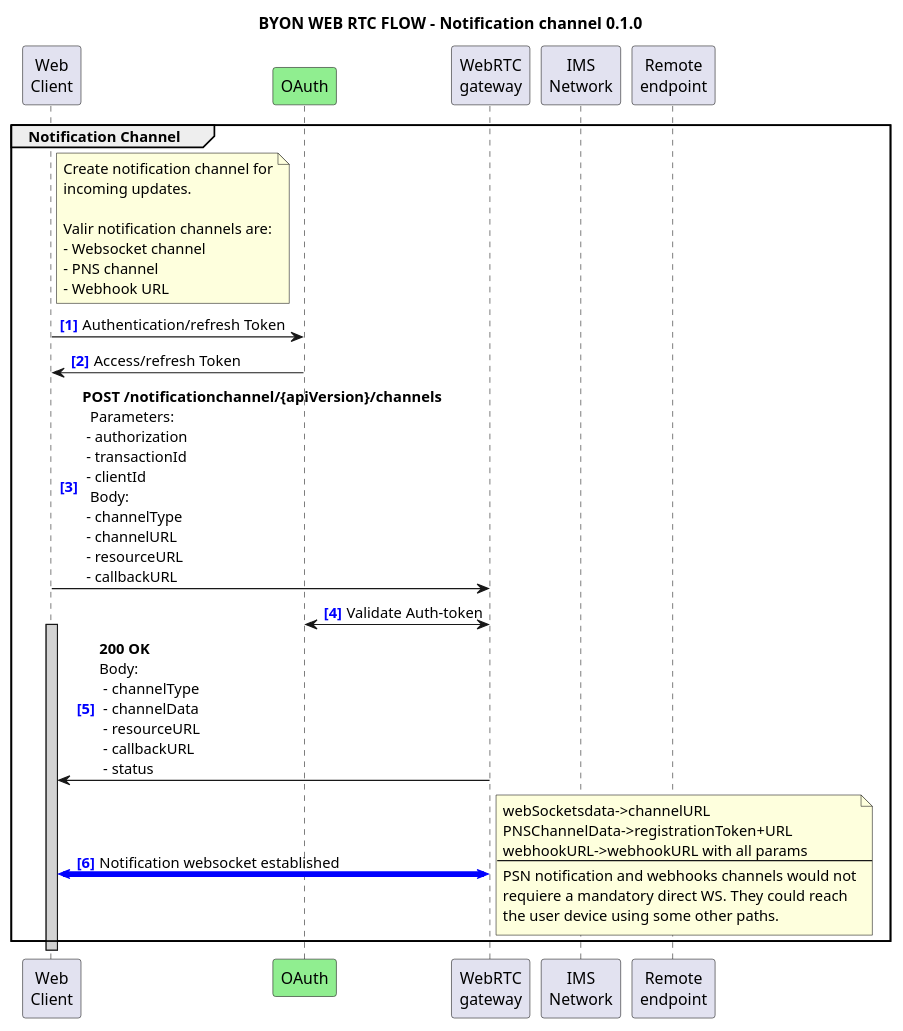
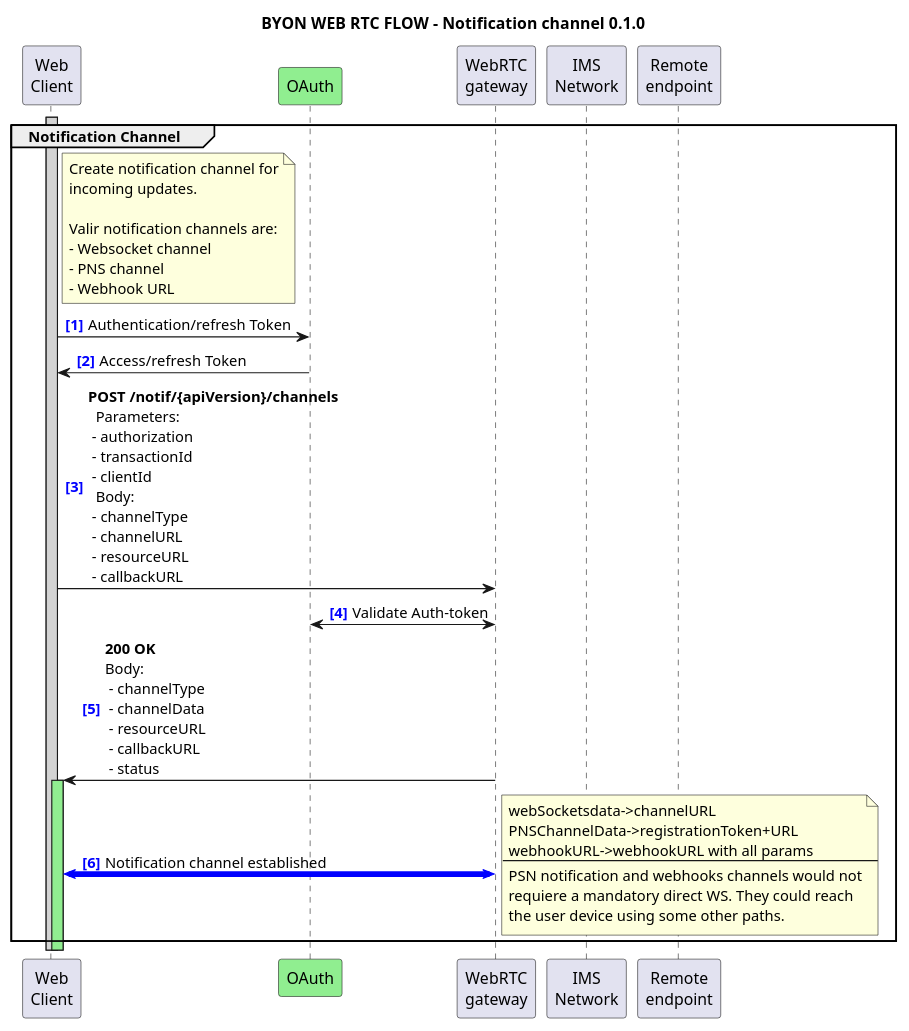
Before and after one commit to camaraproject/WebRTC: the diagram in documentation/API_documentation/FlowsBYON-NotificationChannel.wsd, drawn with PlantUML. The commit also changed 6 other files, not shown here.

First line of the commit message:
Flow detailed status and updated paths

```diff
--- a/documentation/API_documentation/FlowsBYON-NotificationChannel.wsd
+++ b/documentation/API_documentation/FlowsBYON-NotificationChannel.wsd
@@ -1,66 +1,68 @@
 @startuml BYON NotificationChannel 0.1.0
 
 title "BYON WEB RTC FLOW - Notification channel 0.1.0"
 autonumber "<font color=blue><b>[0]"
 
 <style>
 .audioStyle {
   arrow {
     LineColor red
     LineThickness 5
   }
 }
 .wsStyle {
   arrow {
     LineColor blue
     LineThickness 5
   }
 }
 </style>
 
 'participant "Notification\nclient" as WebClient
 participant "Web\nClient" as WebClient
 participant OAuth #LightGreen
 participant "WebRTC\ngateway" as WebRTC_GW
 participant "IMS\nNetwork" as IMS_Network
 participant "Remote\nendpoint" as RemoteEndpoint
 
 ' --- Notification Channel 
 group Notification Channel 
 note right WebClient
   Create notification channel for
   incoming updates.
   
   Valir notification channels are:
   - Websocket channel
   - PNS channel
   - Webhook URL
 end note
 
+activate WebClient #LightGray
+
 WebClient -> OAuth: Authentication/refresh Token
 OAuth -> WebClient: Access/refresh Token
   
-WebClient -> WebRTC_GW: **POST /notificationchannel/{apiVersion}/channels** \n\
+WebClient -> WebRTC_GW: **POST /notif/{apiVersion}/channels** \n\
   Parameters:\n - authorization\n - transactionId\n - clientId\n\
   Body:\n - channelType\n - channelURL\n - resourceURL\n - callbackURL
 
 WebRTC_GW <-> OAuth: Validate Auth-token
 
-activate WebClient #LightGray
-
 WebRTC_GW -> WebClient: **200 OK**\nBody:\n\
  - channelType\n - channelData\n - resourceURL\n - callbackURL\n - status
 
-WebClient <-> WebRTC_GW <<wsStyle>>: Notification websocket established
+activate WebClient #LightGreen
+
+WebClient <-> WebRTC_GW <<wsStyle>>: Notification channel established
 note right 
   webSocketsdata->channelURL
   PNSChannelData->registrationToken+URL
   webhookURL->webhookURL with all params
   --
   PSN notification and webhooks channels would not
   requiere a mandatory direct WS. They could reach
   the user device using some other paths.
 end note
 end
 
 @enduml
```
